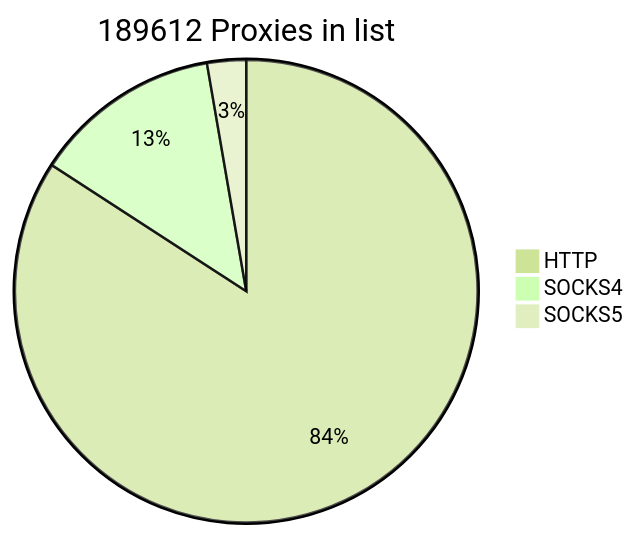
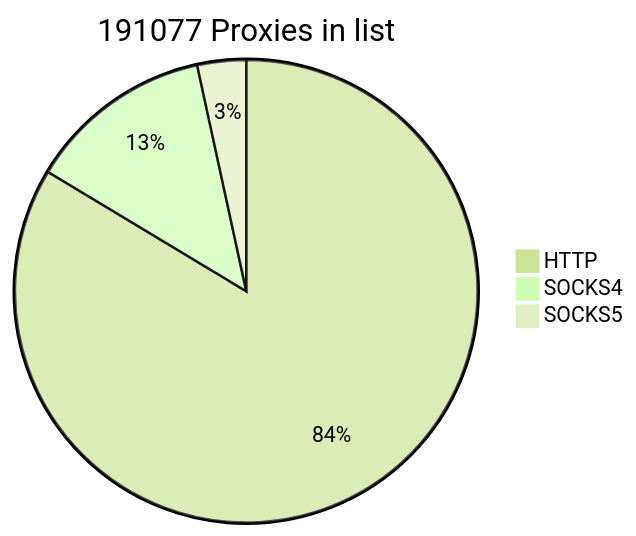
Before and after one commit to cutipu/proxylist: the first of 2 diagrams in README.md, drawn with Mermaid (forest theme). The commit also changed other lines of this file, not shown here.

````diff
--- a/README.md
+++ b/README.md
@@ -2,7 +2,7 @@
 ```mermaid
-pie title 189612 Proxies in list
-    "HTTP" : 159572
-    "SOCKS4" : 24880
-    "SOCKS5" : 5160
+pie title 191077 Proxies in list
+    "HTTP" : 159778
+    "SOCKS4" : 24788
+    "SOCKS5" : 6511
             
 ```
````
